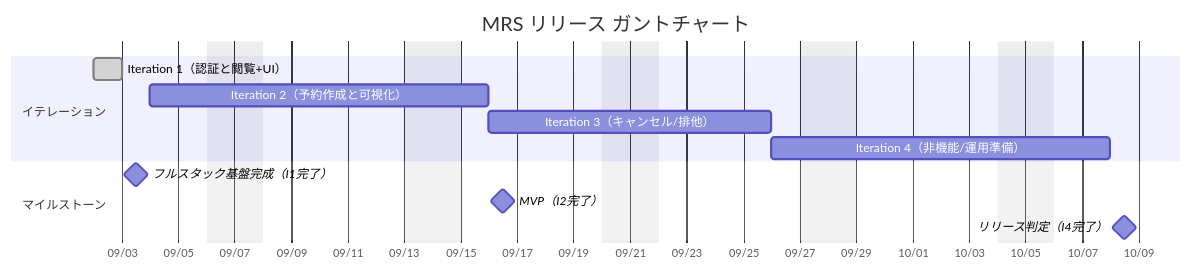
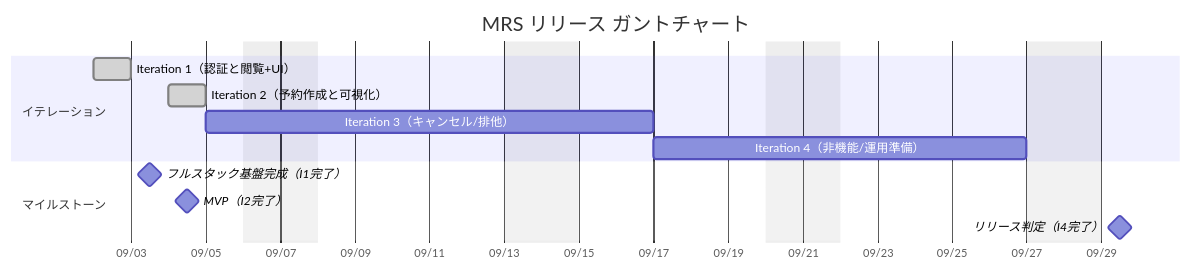
The first of 2 diagrams in docs/requirements/リリース計画.md (k2works/ai-programing-exercise), drawn with Mermaid before and after one commit. The commit also changed other lines of this file, not shown here.

````diff
--- a/docs/requirements/リリース計画.md
+++ b/docs/requirements/リリース計画.md
@@ -9,18 +9,18 @@
 ```mermaid
 gantt
   title MRS リリース ガントチャート
   dateFormat  YYYY-MM-DD
   axisFormat  %m/%d
   excludes    weekends
 
   section イテレーション
   Iteration 1（認証と閲覧+UI）    :done, i1, 2025-09-02, 2025-09-03
-  Iteration 2（予約作成と可視化） :i2, 2025-09-04, 8d
-  Iteration 3（キャンセル/排他）  :i3, after i2, 8d
+  Iteration 2（予約作成と可視化） :done, i2, 2025-09-04, 1d
+  Iteration 3（キャンセル/排他）  :i3, 2025-09-05, 8d
   Iteration 4（非機能/運用準備）  :i4, after i3, 8d
 
   section マイルストーン
   フルスタック基盤完成（I1完了）  :milestone, m0, 2025-09-03, 1d
-  MVP（I2完了）                  :milestone, m1, after i2, 1d
+  MVP（I2完了）                  :milestone, m1, 2025-09-04, 1d
   リリース判定（I4完了）          :milestone, m2, after i4, 1d
 ```
````
